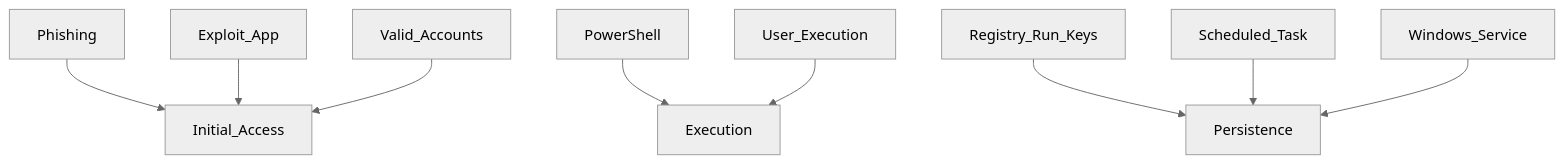
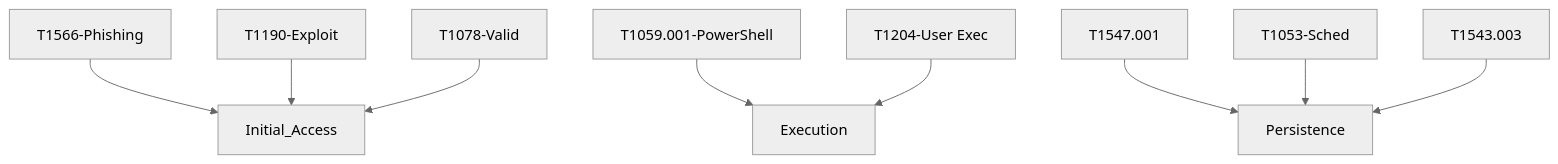
One commit to manojxshrestha/SOC-Analyst-Cheatsheet changed the tenth of 29 diagrams in 1-Incident-Handling-Process/README.md. Above: the diagram before and after it, drawn with Mermaid (neutral theme). The commit also changed other lines of this file, not shown here.

````diff
--- a/1-Incident-Handling-Process/README.md
+++ b/1-Incident-Handling-Process/README.md
@@ -325,13 +325,13 @@
 ```mermaid
 flowchart TD
-    Phishing --> Initial_Access
-    Exploit_App --> Initial_Access
-    Valid_Accounts --> Initial_Access
+    Phishing[T1566-Phishing] --> Initial_Access
+    Exploit_App[T1190-Exploit] --> Initial_Access
+    Valid_Accounts[T1078-Valid] --> Initial_Access
     
-    PowerShell --> Execution
-    User_Execution --> Execution
+    PowerShell[T1059.001-PowerShell] --> Execution
+    User_Execution[T1204-User Exec] --> Execution
     
-    Registry_Run_Keys --> Persistence
-    Scheduled_Task --> Persistence
-    Windows_Service --> Persistence
+    Registry_Run_Keys[T1547.001] --> Persistence
+    Scheduled_Task[T1053-Sched] --> Persistence
+    Windows_Service[T1543.003] --> Persistence
 ```
````
